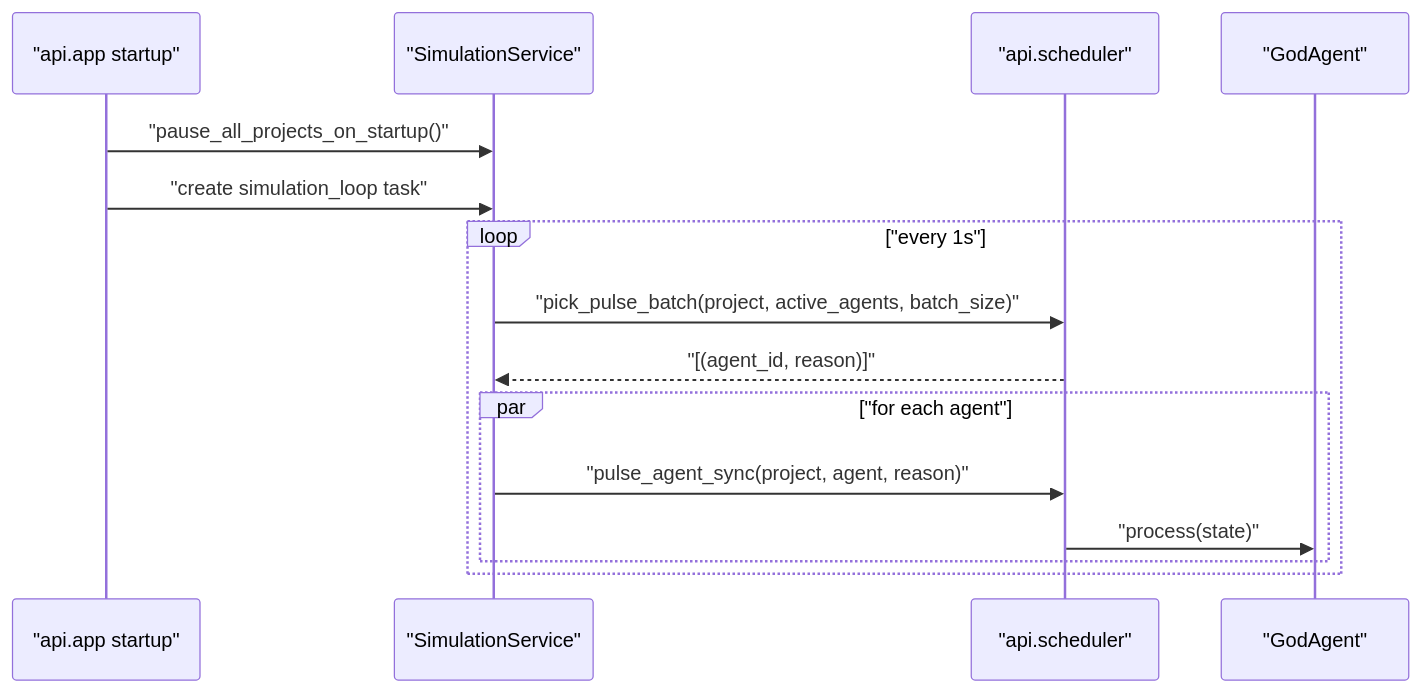
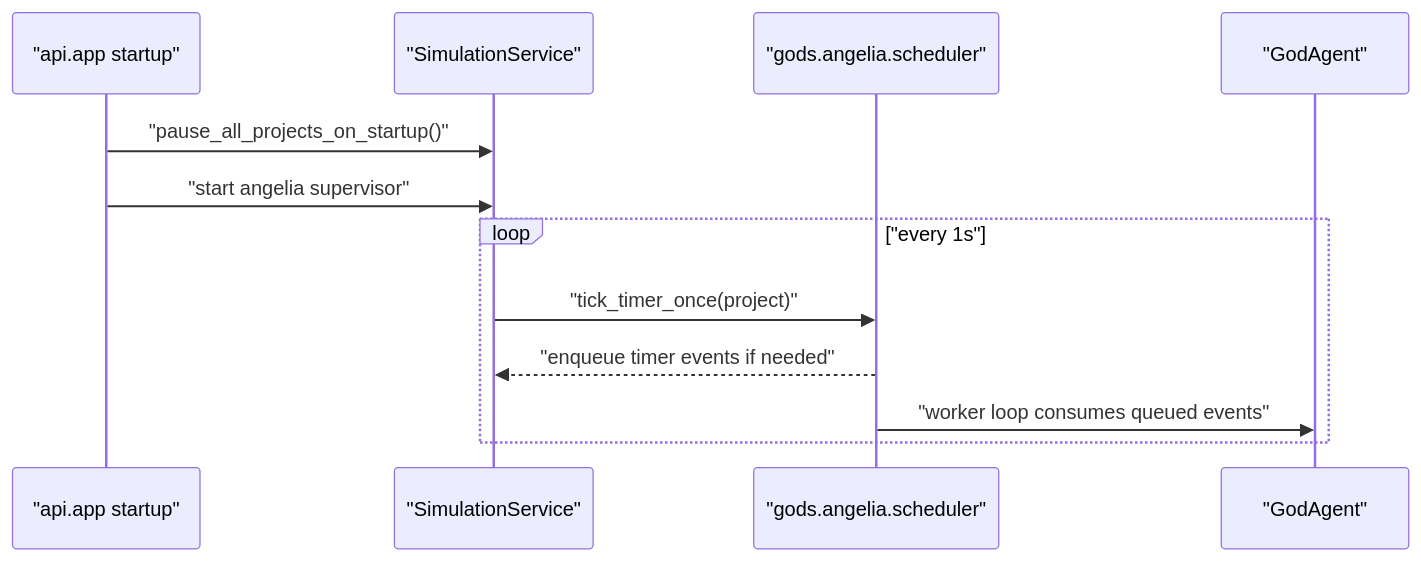
The fourth of 30 diagrams in docs/ARCHITECTURE_MERMAID.md (Lands54/Pantheon), drawn with Mermaid before and after one commit. The commit also changed other lines of this file and 91 other files, not shown here.

````diff
--- a/docs/ARCHITECTURE_MERMAID.md
+++ b/docs/ARCHITECTURE_MERMAID.md
@@ -79,18 +79,15 @@
 ```mermaid
 sequenceDiagram
     participant App as "api.app startup"
     participant Sim as "SimulationService"
-    participant Sch as "api.scheduler"
+    participant Sch as "gods.angelia.scheduler"
     participant Agent as "GodAgent"
 
     App->>Sim: "pause_all_projects_on_startup()"
-    App->>Sim: "create simulation_loop task"
+    App->>Sim: "start angelia supervisor"
     loop "every 1s"
-      Sim->>Sch: "pick_pulse_batch(project, active_agents, batch_size)"
-      Sch-->>Sim: "[(agent_id, reason)]"
-      par "for each agent"
-        Sim->>Sch: "pulse_agent_sync(project, agent, reason)"
-        Sch->>Agent: "process(state)"
-      end
+      Sim->>Sch: "tick_timer_once(project)"
+      Sch-->>Sim: "enqueue timer events if needed"
+      Sch->>Agent: "worker loop consumes queued events"
     end
 ```
````
